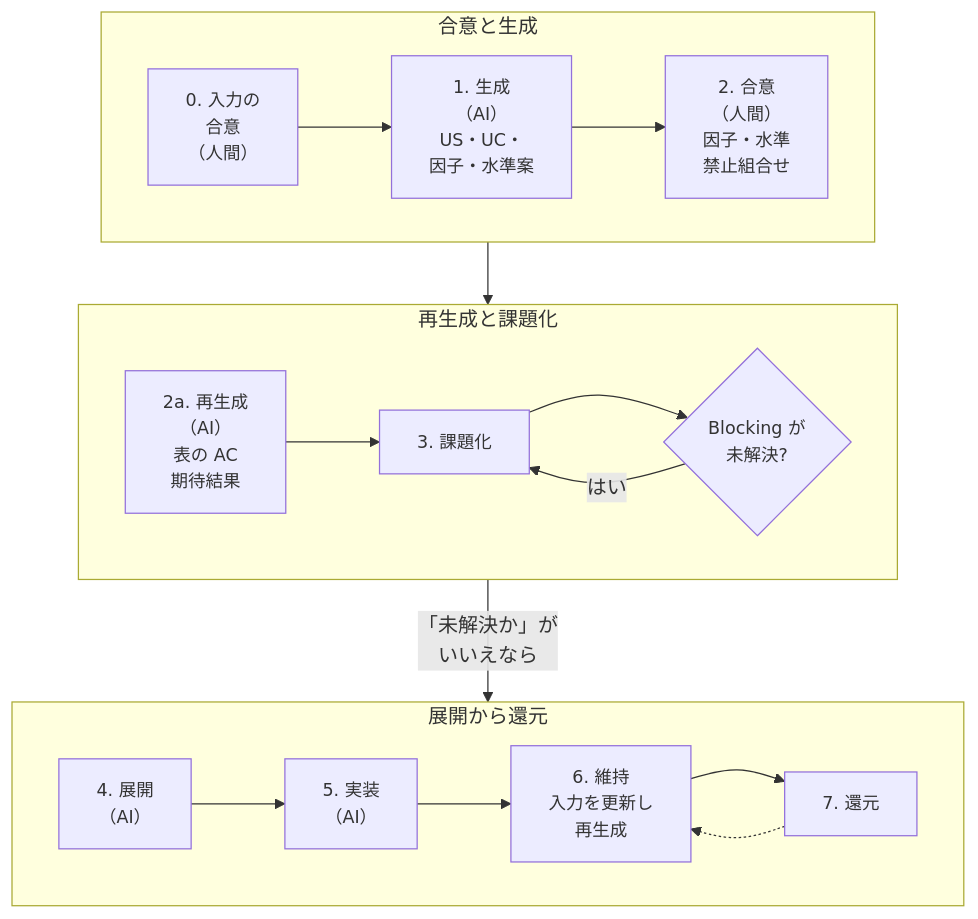
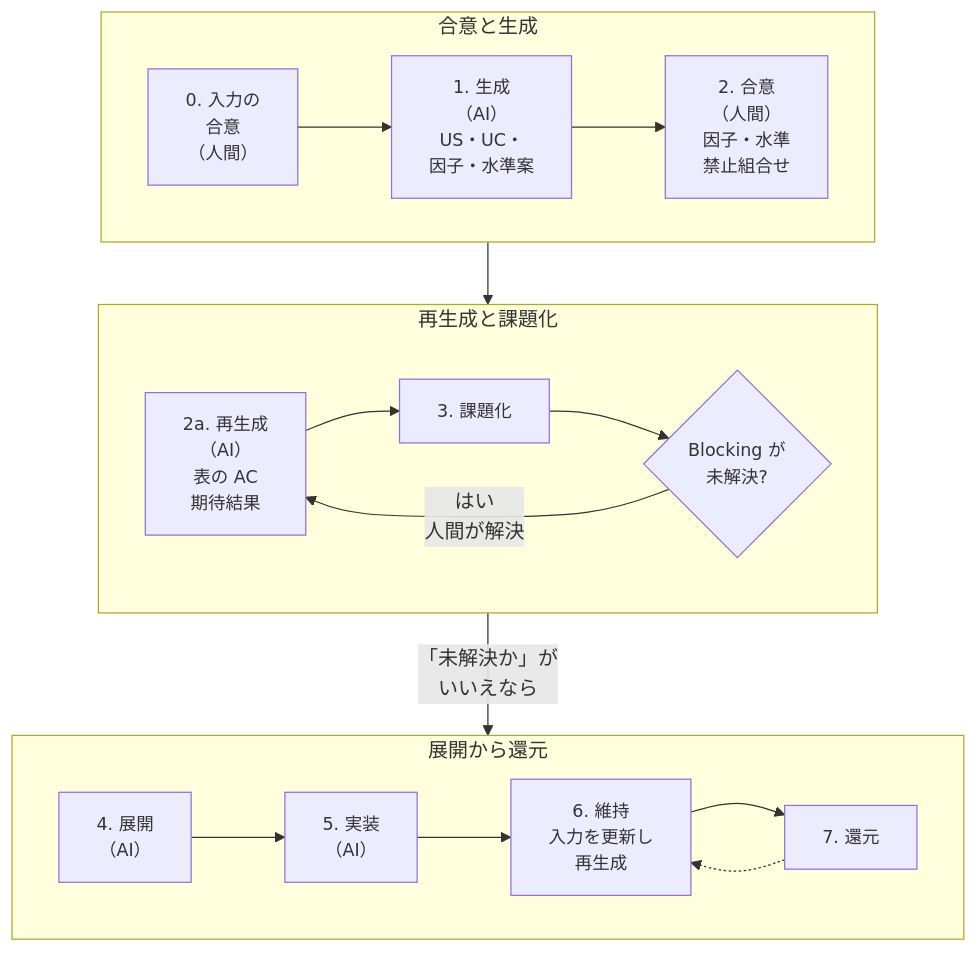
One commit to toshio-shiratori/harness-test-strategy changed the diagram in docs/testing/03b-generation-flow.md. Above: the diagram before and after it, drawn with Mermaid. The commit also changed other lines of this file and 11 other files, not shown here.

````diff
--- a/docs/testing/03b-generation-flow.md
+++ b/docs/testing/03b-generation-flow.md
@@ -24,30 +24,30 @@
 ```mermaid
 flowchart TB
   classDef default font-size:14px
   subgraph A["合意と生成"]
     direction LR
     S0["0. 入力の<br/>合意<br/>（人間）"]
     S1["1. 生成<br/>（AI）<br/>US・UC・<br/>因子・水準案"]
     S2["2. 合意<br/>（人間）<br/>因子・水準<br/>禁止組合せ"]
     S0 --> S1 --> S2
   end
   subgraph B["再生成と課題化"]
     direction LR
     S2a["2a. 再生成<br/>（AI）<br/>表の AC<br/>期待結果"]
     S3["3. 課題化"]
     G{"Blocking が<br/>未解決?"}
     S2a --> S3 --> G
-    G -- "はい" --> S3
+    G -- "はい<br/>人間が解決" --> S2a
   end
   subgraph C["展開から還元"]
     direction LR
     S4["4. 展開<br/>（AI）"]
     S5["5. 実装<br/>（AI）"]
     S6["6. 維持<br/>入力を更新し<br/>再生成"]
     S7["7. 還元"]
     S4 --> S5 --> S6 --> S7
     S7 -.-> S6
   end
   A --> B
   B -- "「未解決か」が<br/>いいえなら" --> C
 ```
````
